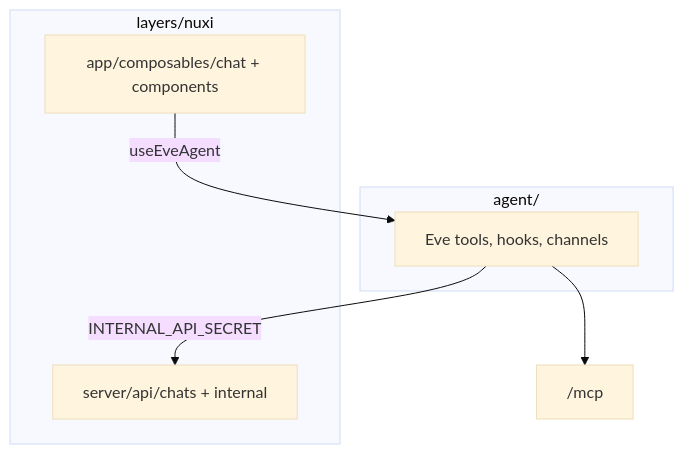
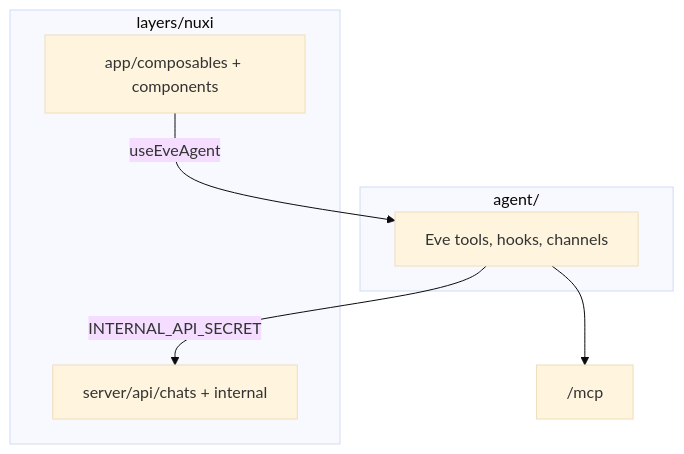
Before and after one commit to nuxt/nuxt.com: the diagram in layers/nuxi/README.md, drawn with Mermaid (base theme). The commit also changed other lines of this file and 18 other files, not shown here.

Commit message:
improve architecture

````diff
--- a/layers/nuxi/README.md
+++ b/layers/nuxi/README.md
@@ -7,13 +7,13 @@
 ```mermaid
 flowchart TB
   subgraph layer [layers/nuxi]
-    UI["app/composables/chat + components"]
+    UI["app/composables + components"]
     API["server/api/chats + internal"]
   end
   subgraph runtime [agent/]
     Agent["Eve tools, hooks, channels"]
   end
   UI -->|useEveAgent| Agent
   Agent -->|INTERNAL_API_SECRET| API
   Agent --> MCP["/mcp"]
 ```
````
